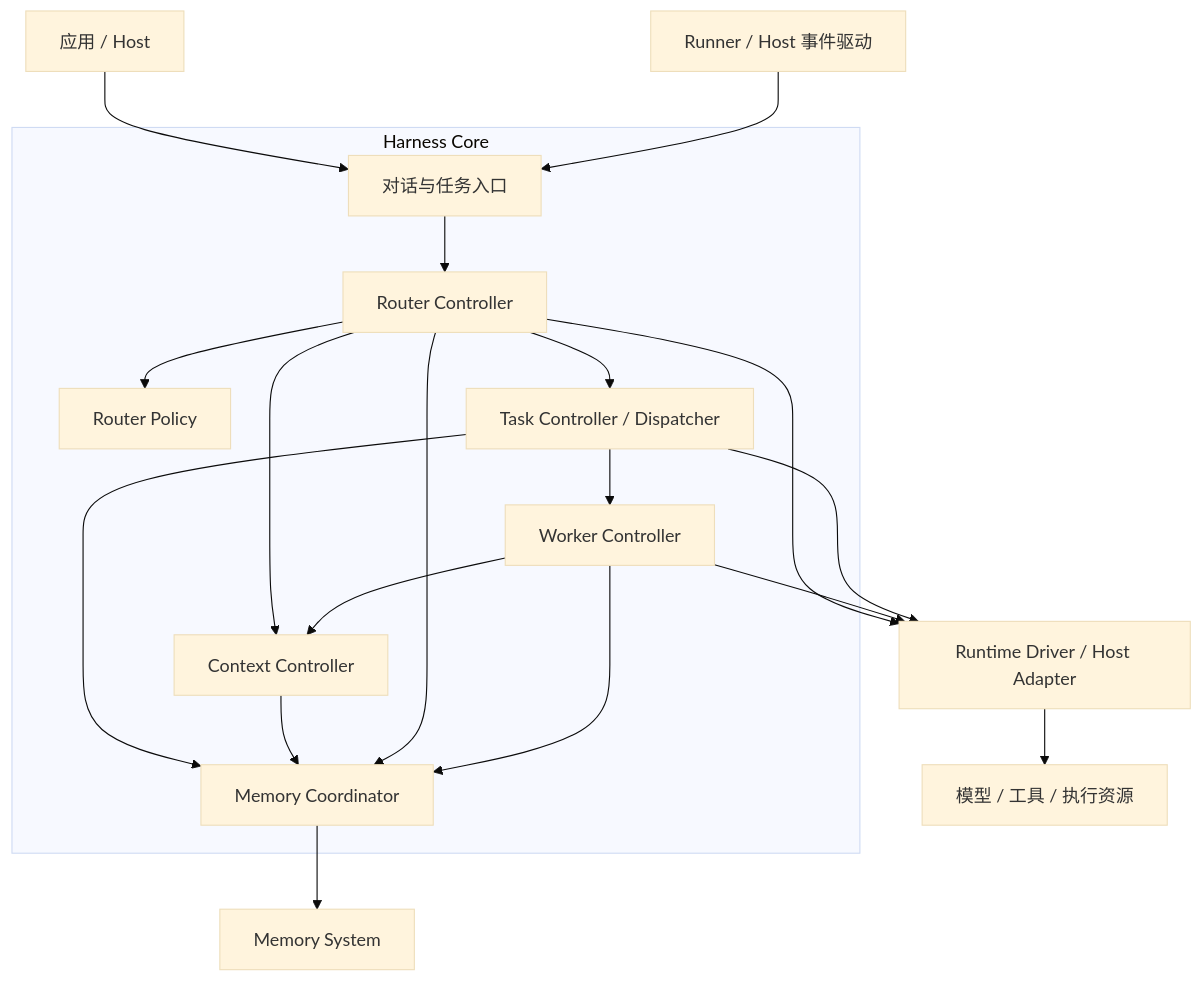
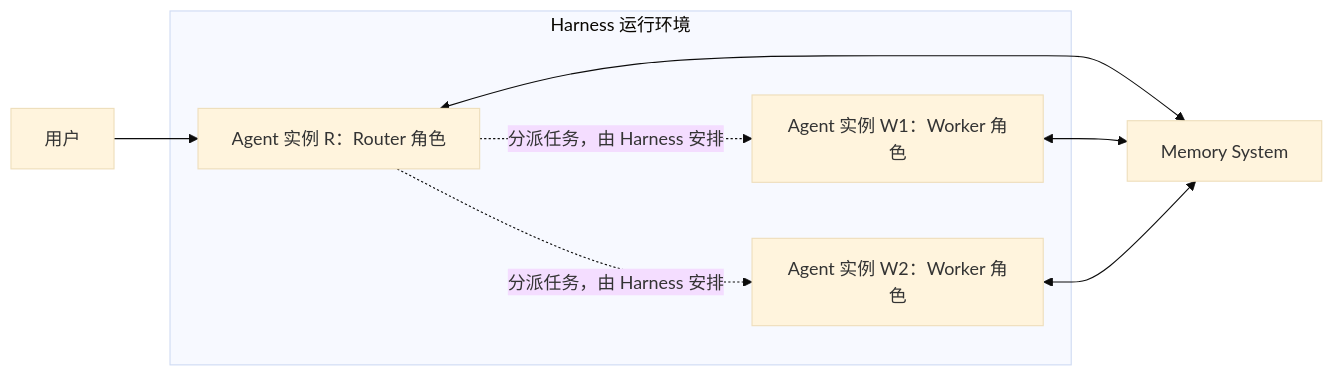
Before and after one commit to langsfang/ga: the diagram in docs/agent-harness.md, drawn with Mermaid (base theme). The commit also changed other lines of this file, not shown here.

````diff
--- a/docs/agent-harness.md
+++ b/docs/agent-harness.md
@@ -61,24 +72,15 @@
 ```mermaid
-flowchart TB
-    U[应用 / Host]
-    G[Runner / Host 事件驱动]
-    subgraph HC[Harness Core]
-        E[对话与任务入口] --> R[Router Controller]
-        R --> P[Router Policy]
-        R --> D[Task Controller / Dispatcher]
-        D --> W[Worker Controller]
-        R --> C[Context Controller]
-        W --> C
-        D --> M[Memory Coordinator]
-        C --> M
-        R --> M
-        W --> M
+flowchart LR
+    U[用户]
+    subgraph H[Harness 运行环境]
+        R[Agent 实例 R：Router 角色]
+        W1[Agent 实例 W1：Worker 角色]
+        W2[Agent 实例 W2：Worker 角色]
     end
-    U --> E
-    G --> E
-    M --> MS[Memory System]
-    R --> X[Runtime Driver / Host Adapter]
-    W --> X
-    D --> X
-    X --> L[模型 / 工具 / 执行资源]
+    U --> R
+    R -.分派任务，由 Harness 安排.-> W1
+    R -.分派任务，由 Harness 安排.-> W2
+    R <--> M[Memory System]
+    W1 <--> M
+    W2 <--> M
 ```
````
